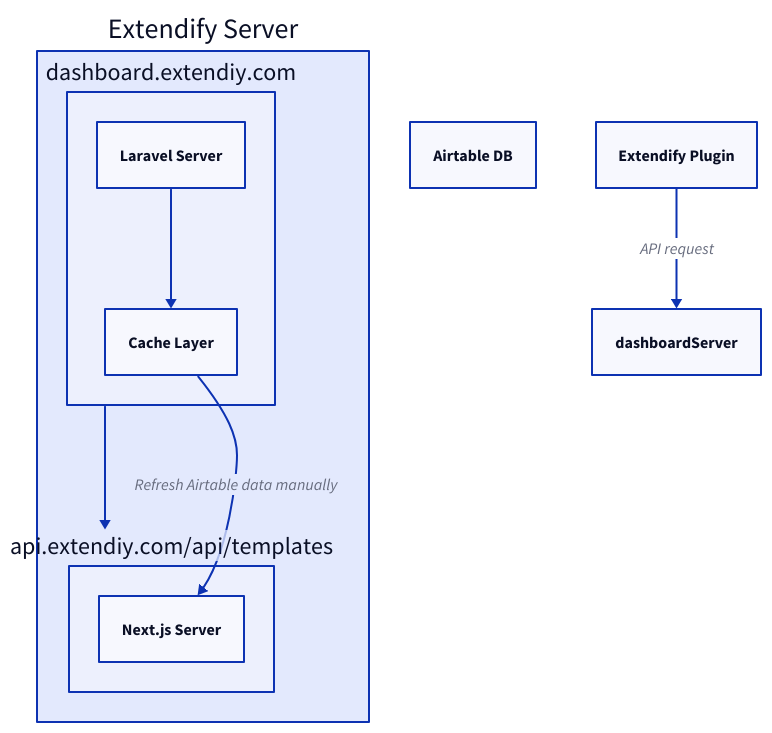
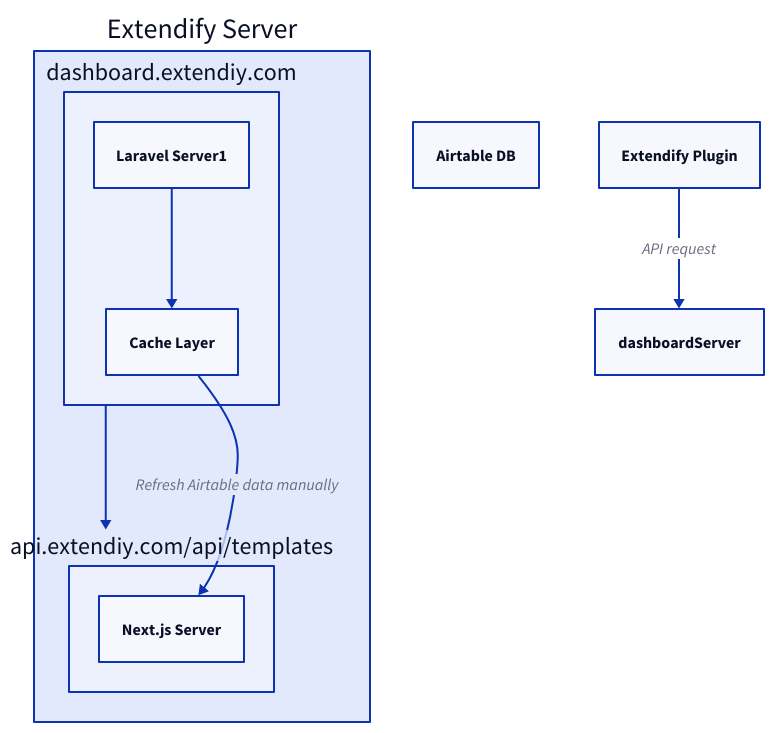
The diagram in d2/file.d2 (dgwyer/myapp), drawn with D2 before and after one commit.

Commit message:
try to render

```diff
--- a/d2/file.d2
+++ b/d2/file.d2
@@ -1,27 +1,27 @@
 a: Extendify Plugin
 e: Airtable DB
 
 extendifyServer: {
   label: Extendify Server
 
   dashboardServer: {
     label: dashboard.extendiy.com
-    ls: Laravel Server
+    ls: Laravel Server1
     cl: Cache Layer
 
     ls -> cl
   }
 
   apiServer:  {
     label: api.extendiy.com/api/templates
     nj: Next.js Server
 
     # _.dashboardServer.ls -> nj
   }
 
   dashboardServer -> apiServer
   # dashboardServer.ls -> apiServer.nj: Custom connector label
   dashboardServer.cl -> apiServer.nj: Refresh Airtable data manually
 }
 
 a -> dashboardServer: API request
```
